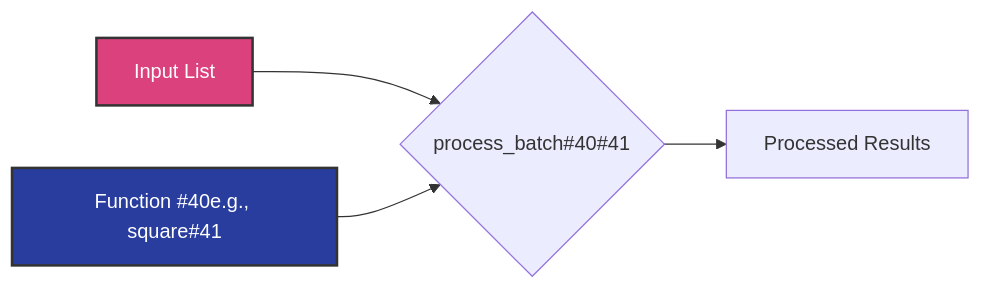
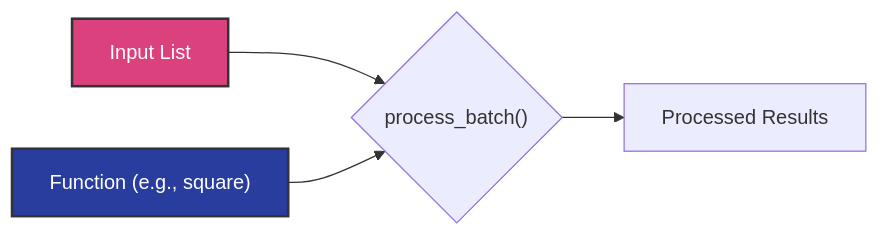
Before and after one commit to ikko/sym: the fourth of 5 diagrams in docs/readme_details/12_example_use/index.md, drawn with Mermaid. The commit also changed other lines of this file and 2 other files, not shown here.

Commit message:
mermaid encoding is tough

````diff
--- a/docs/readme_details/12_example_use/index.md
+++ b/docs/readme_details/12_example_use/index.md
@@ -134,10 +136,10 @@
 ```mermaid
 graph LR
-    A[Input List] --> B{process_batch#40#41};
-    C[Function #40e.g., square#41] --> B;
+    A[Input List] --> B{process_batch#40;#41;};
+    C[Function #40;e.g., square#41;] --> B;
     B --> D[Processed Results];
-    style C fill:lighten#40#283d9e, 30%#41,stroke:#333,stroke-width:2px,color:#FFFFFF;
 
+    style C fill:#283d9e,stroke:#333,stroke-width:2px,color:#FFFFFF;
     style A fill:#da417d,stroke:#333,stroke-width:2px,color:#FFFFFF;
     style C fill:#283d9e,stroke:#333,stroke-width:2px,color:#FFFFFF;
 ```
````
